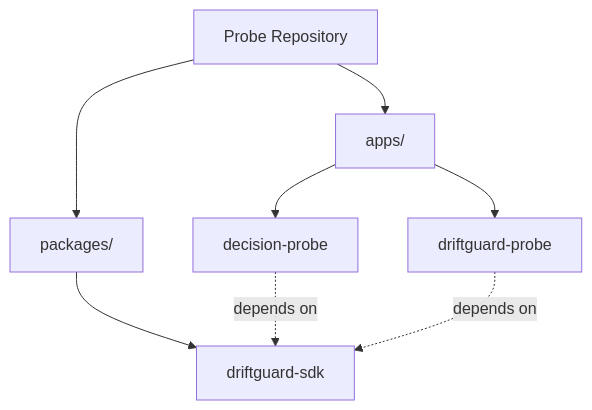
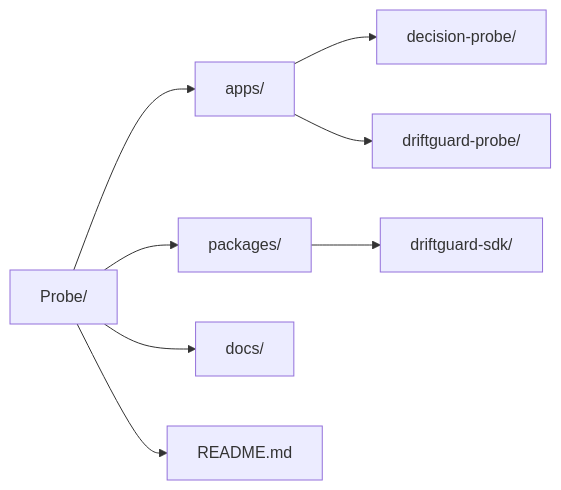
Before and after one commit to Yugenjr/Probe: the fourth of 4 diagrams in README.md, drawn with Mermaid. The commit also changed other lines of this file, not shown here.

````diff
--- a/README.md
+++ b/README.md
@@ -32,21 +192,23 @@
 ```mermaid
-graph TD
-    Probe[Probe Repository]
-    Apps[apps/]
-    Packages[packages/]
+graph LR
+    Probe["Probe/"]
     
-    DP[decision-probe]
-    DGP[driftguard-probe]
-    SDK[driftguard-sdk]
+    Apps["apps/"]
+    Pkgs["packages/"]
+    Docs["docs/"]
+    Readme["README.md"]
+    
+    DP["decision-probe/"]
+    DGP["driftguard-probe/"]
+    SDK["driftguard-sdk/"]
     
     Probe --> Apps
-    Probe --> Packages
+    Probe --> Pkgs
+    Probe --> Docs
+    Probe --> Readme
     
     Apps --> DP
     Apps --> DGP
     
-    Packages --> SDK
-    
-    DP -.->|depends on| SDK
-    DGP -.->|depends on| SDK
+    Pkgs --> SDK
 ```
````
